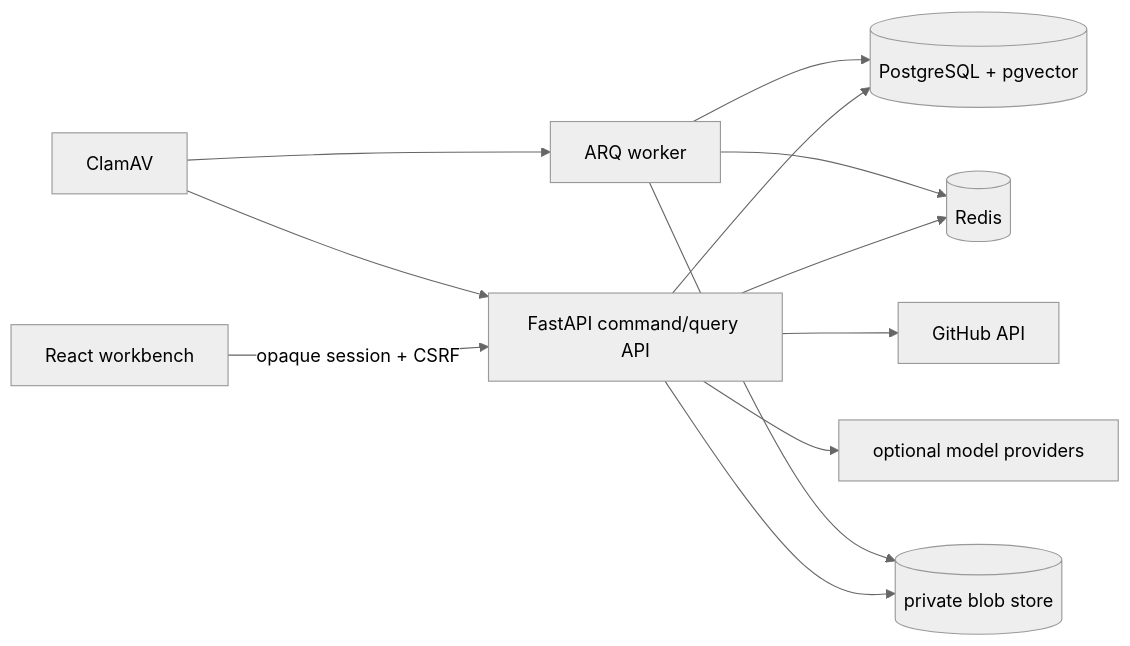
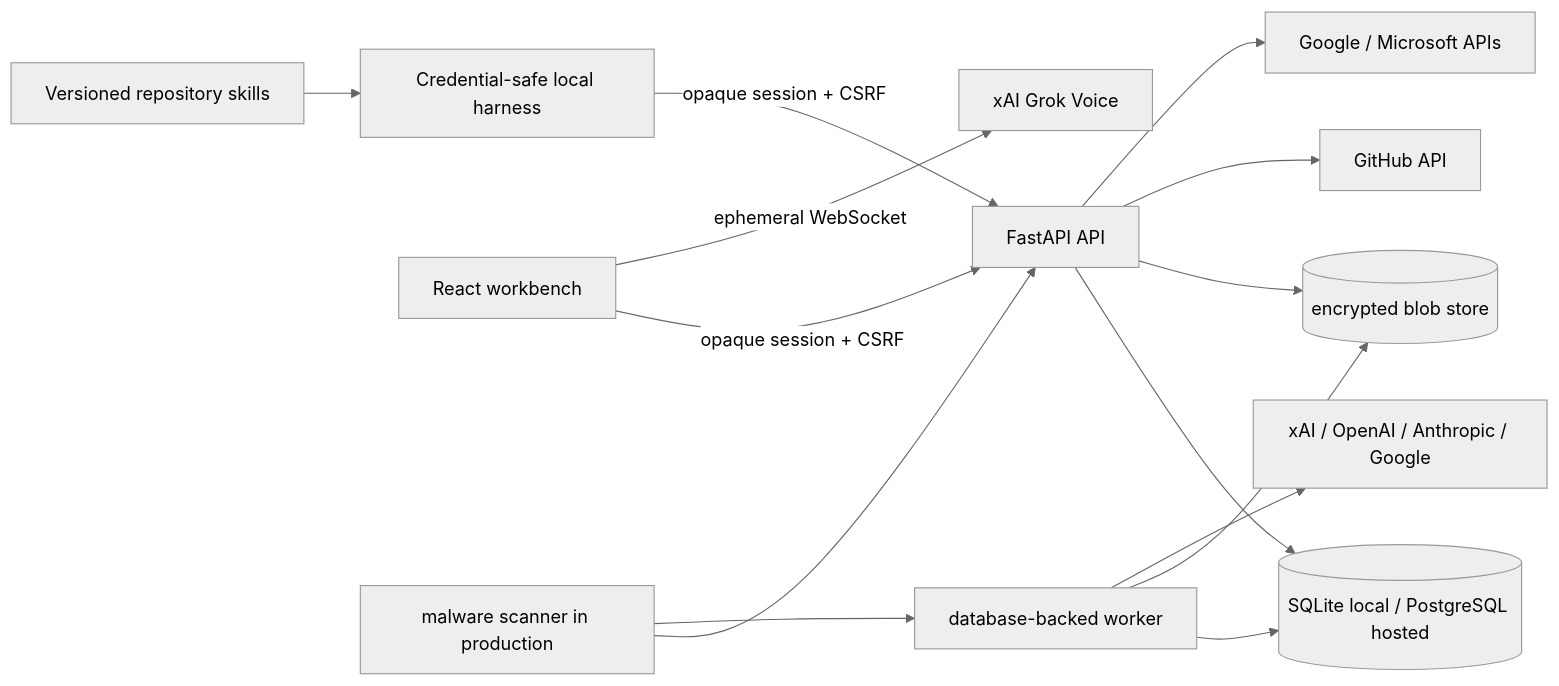
Before and after one commit to fsantibanezleal/CAOS_CareerTwin: the first of 6 diagrams in docs/architecture/README.md, drawn with Mermaid (neutral theme). The commit also changed other lines of this file and 137 other files, not shown here.

````diff
--- a/docs/architecture/README.md
+++ b/docs/architecture/README.md
@@ -7,14 +9,16 @@
 ```mermaid
 flowchart LR
-  B[React workbench] -->|opaque session + CSRF| A[FastAPI command/query API]
-  A --> P[(PostgreSQL + pgvector)]
-  A --> R[(Redis)]
-  A --> S[(private blob store)]
-  W[ARQ worker] --> R
-  W --> P
-  W --> S
-  A --> G[GitHub API]
-  A --> L[optional model providers]
-  C[ClamAV] --> A
-  C --> W
+  Skills[Versioned repository skills] --> Harness[Credential-safe local harness]
+  Web[React workbench] -->|opaque session + CSRF| API[FastAPI API]
+  Harness -->|opaque session + CSRF| API
+  API --> DB[(SQLite local / PostgreSQL hosted)]
+  API --> Blob[(encrypted blob store)]
+  Worker[database-backed worker] --> DB
+  Worker --> Blob
+  API --> GitHub[GitHub API]
+  API --> Connectors[Google / Microsoft APIs]
+  Worker --> Providers[xAI / OpenAI / Anthropic / Google]
+  Web -->|ephemeral WebSocket| Voice[xAI Grok Voice]
+  Scanner[malware scanner in production] --> API
+  Scanner --> Worker
 ```
````
